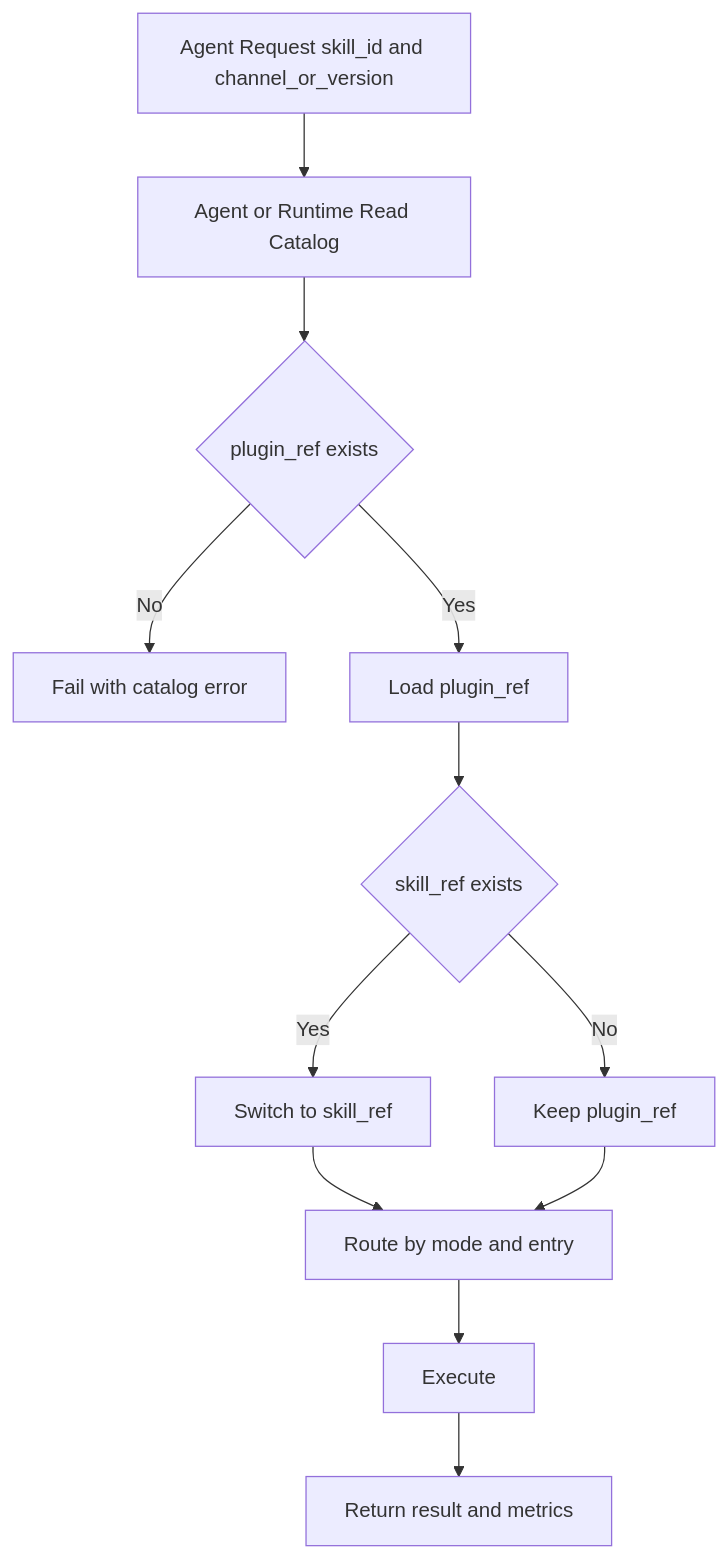
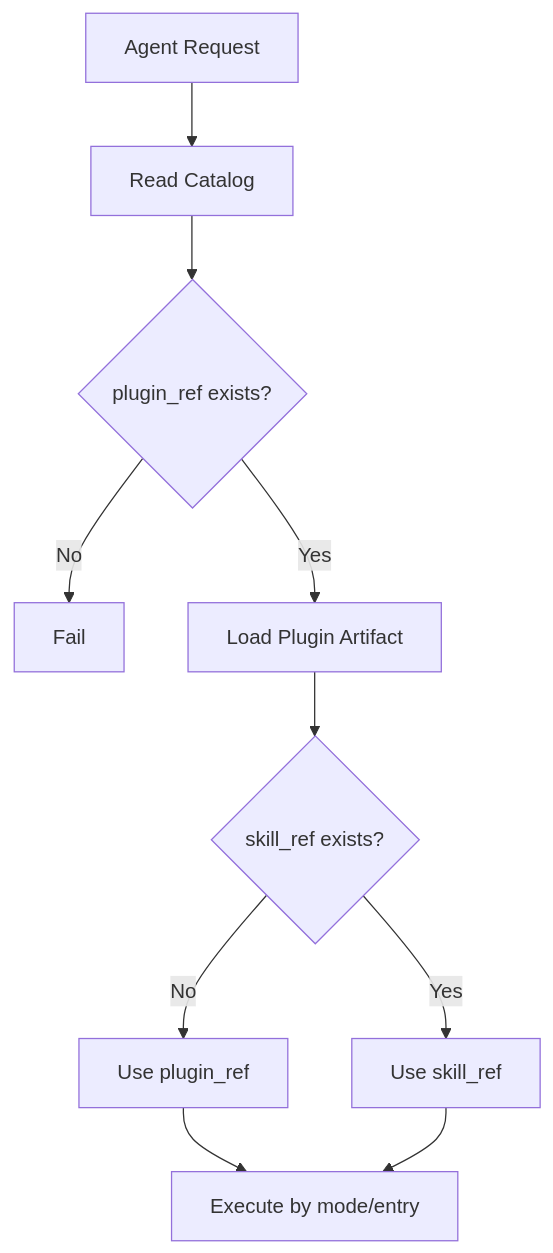
Before and after one commit to devbolin/skills: the diagram in docs/phase1/AGENT_CONSUMPTION.md, drawn with Mermaid. The commit also changed other lines of this file and 4 other files, not shown here.

First line of the commit message:
docs: improve mermaid diagrams for GitHub readability

````diff
--- a/docs/phase1/AGENT_CONSUMPTION.md
+++ b/docs/phase1/AGENT_CONSUMPTION.md
@@ -20,14 +22,12 @@
 ```mermaid
 flowchart TD
-  A[Agent Request skill_id and channel_or_version] --> B[Agent or Runtime Read Catalog]
-  B --> C{plugin_ref exists}
-  C -- No --> X[Fail with catalog error]
-  C -- Yes --> D[Load plugin_ref]
-  D --> E{skill_ref exists}
-  E -- Yes --> F[Switch to skill_ref]
-  E -- No --> G[Keep plugin_ref]
-  F --> H[Route by mode and entry]
-  G --> H
-  H --> I[Execute]
-  I --> J[Return result and metrics]
+    A[Agent Request] --> B[Read Catalog]
+    B --> C{plugin_ref exists?}
+    C -->|No| X[Fail]
+    C -->|Yes| D[Load Plugin Artifact]
+    D --> E{skill_ref exists?}
+    E -->|No| F[Use plugin_ref]
+    E -->|Yes| G[Use skill_ref]
+    F --> H[Execute by mode/entry]
+    G --> H
 ```
````
